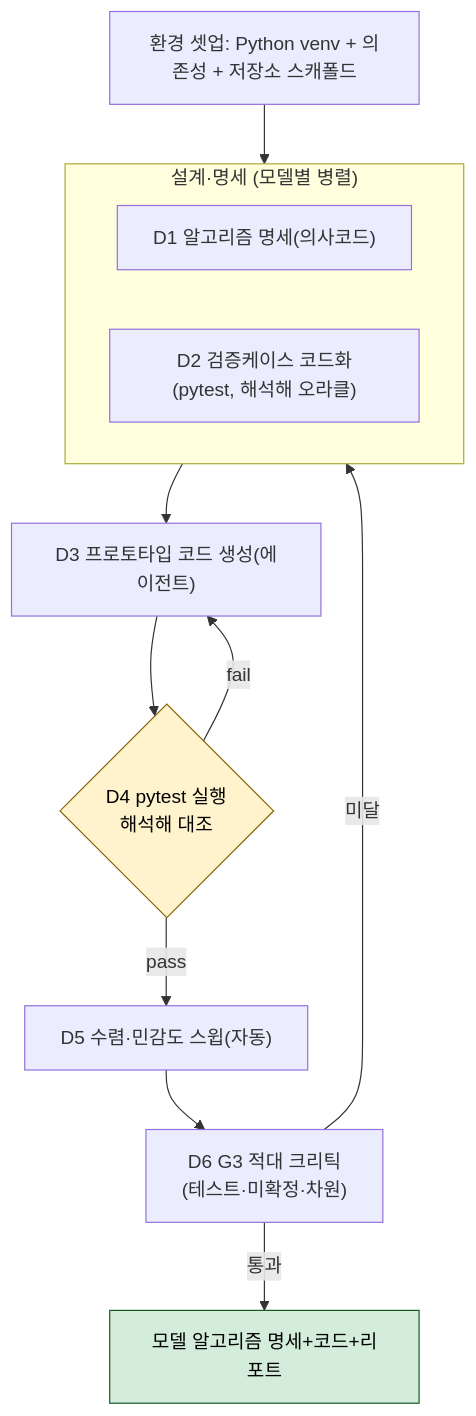
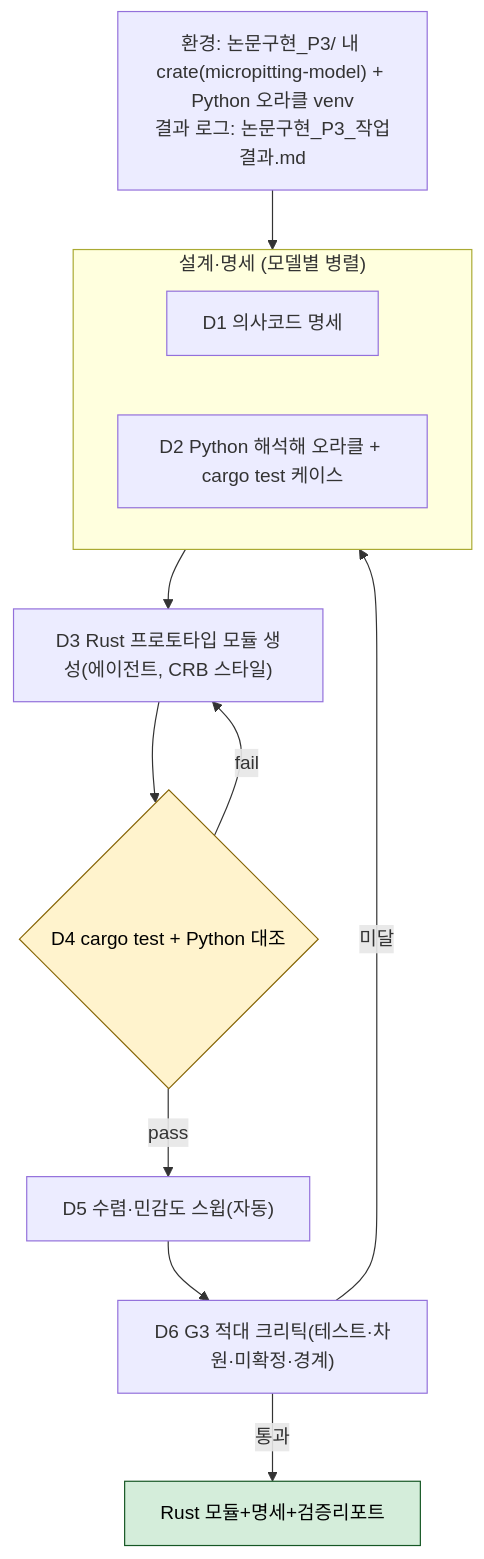
Before and after one commit to CHOICHOI-KIMM/AI_Seminar: the second of 2 diagrams in 논문 취합/03. 정리/논문구현_P3_총괄계획.md, drawn with Mermaid. The commit also changed other lines of this file and 23 other files, not shown here.

````diff
--- a/논문 취합/03. 정리/논문구현_P3_총괄계획.md
+++ b/논문 취합/03. 정리/논문구현_P3_총괄계획.md
@@ -127,17 +141,17 @@
 ```mermaid
 flowchart TB
-    P0["환경 셋업: Python venv + 의존성 + 저장소 스캐폴드"] --> S1
+    P0["환경: 논문구현_P3/ 내 crate(micropitting-model) + Python 오라클 venv\n결과 로그: 논문구현_P3_작업결과.md"] --> S1
     subgraph S1["설계·명세 (모델별 병렬)"]
-      A["D1 알고리즘 명세(의사코드)"]
-      B["D2 검증케이스 코드화(pytest, 해석해 오라클)"]
+      A["D1 의사코드 명세"]
+      B["D2 Python 해석해 오라클 + cargo test 케이스"]
     end
-    S1 --> S2["D3 프로토타입 코드 생성(에이전트)"]
-    S2 --> S3{"D4 pytest 실행\n해석해 대조"}
+    S1 --> S2["D3 Rust 프로토타입 모듈 생성(에이전트, CRB 스타일)"]
+    S2 --> S3{"D4 cargo test + Python 대조"}
     S3 -->|fail| S2
     S3 -->|pass| S4["D5 수렴·민감도 스윕(자동)"]
-    S4 --> S5["D6 G3 적대 크리틱\n(테스트·미확정·차원)"]
+    S4 --> S5["D6 G3 적대 크리틱(테스트·차원·미확정·경계)"]
     S5 -->|미달| S1
-    S5 -->|통과| OUT["모델 알고리즘 명세+코드+리포트"]
+    S5 -->|통과| OUT["Rust 모듈+명세+검증리포트"]
     style S3 fill:#fff3cd,stroke:#856404,color:#000
     style OUT fill:#d4edda,stroke:#155724,color:#000
 ```
````
